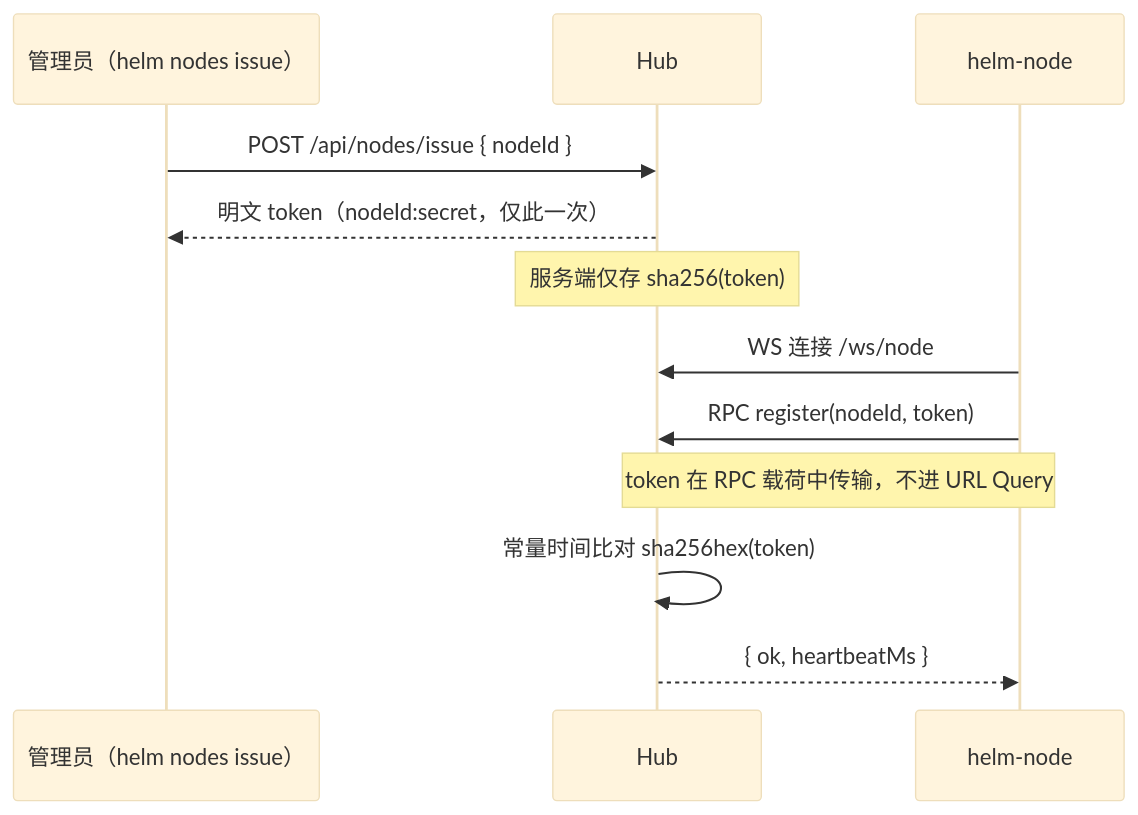
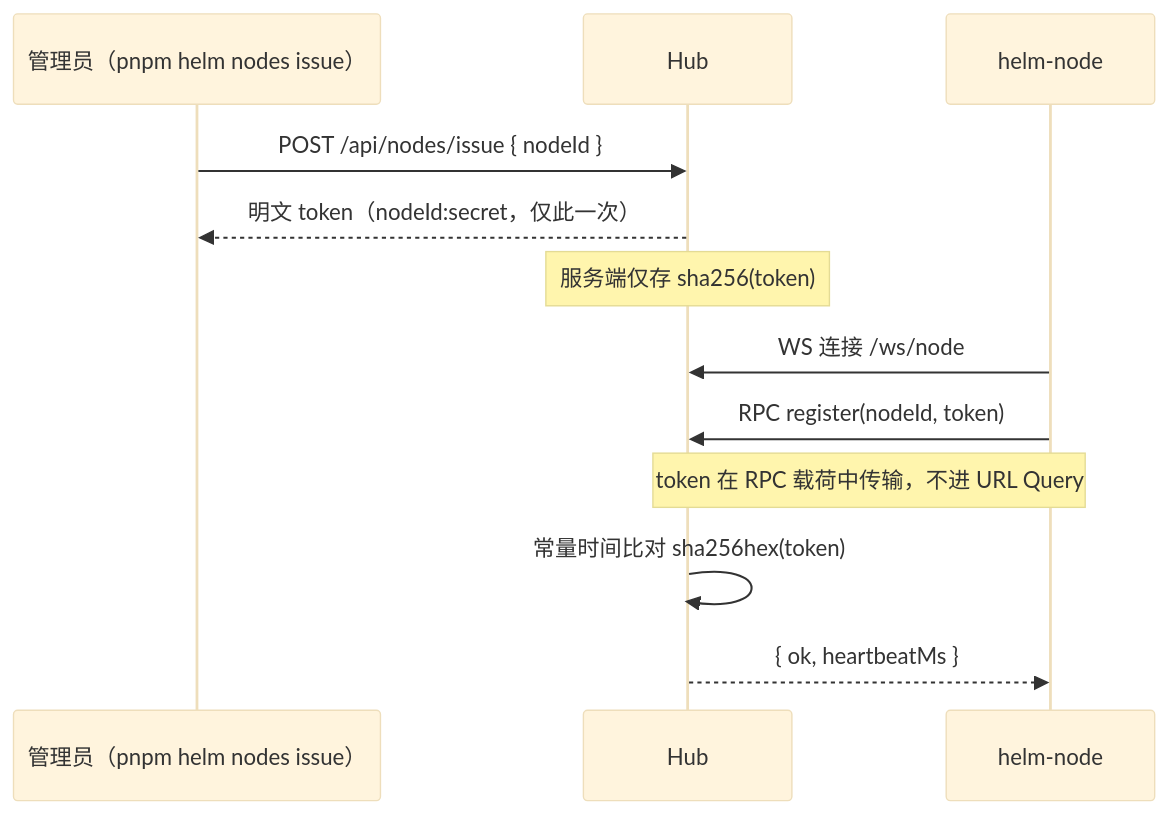
One commit to team4u/helm changed the second of 4 diagrams in docs/architecture/envfabric.md. Above: the diagram before and after it, drawn with Mermaid (base theme). The commit also changed other lines of this file and 6 other files, not shown here.

````diff
--- a/docs/architecture/envfabric.md
+++ b/docs/architecture/envfabric.md
@@ -46,15 +50,15 @@
 ```mermaid
 sequenceDiagram
-    participant Admin as 管理员（helm nodes issue）
+    participant Admin as 管理员（pnpm helm nodes issue）
     participant Hub as Hub
     participant Node as helm-node
 
     Admin->>Hub: POST /api/nodes/issue { nodeId }
     Hub-->>Admin: 明文 token（nodeId:secret，仅此一次）
     Note over Hub: 服务端仅存 sha256(token)
     Node->>Hub: WS 连接 /ws/node
     Node->>Hub: RPC register(nodeId, token)
     Note over Node,Hub: token 在 RPC 载荷中传输，不进 URL Query
     Hub->>Hub: 常量时间比对 sha256hex(token)
     Hub-->>Node: { ok, heartbeatMs }
 ```
````
